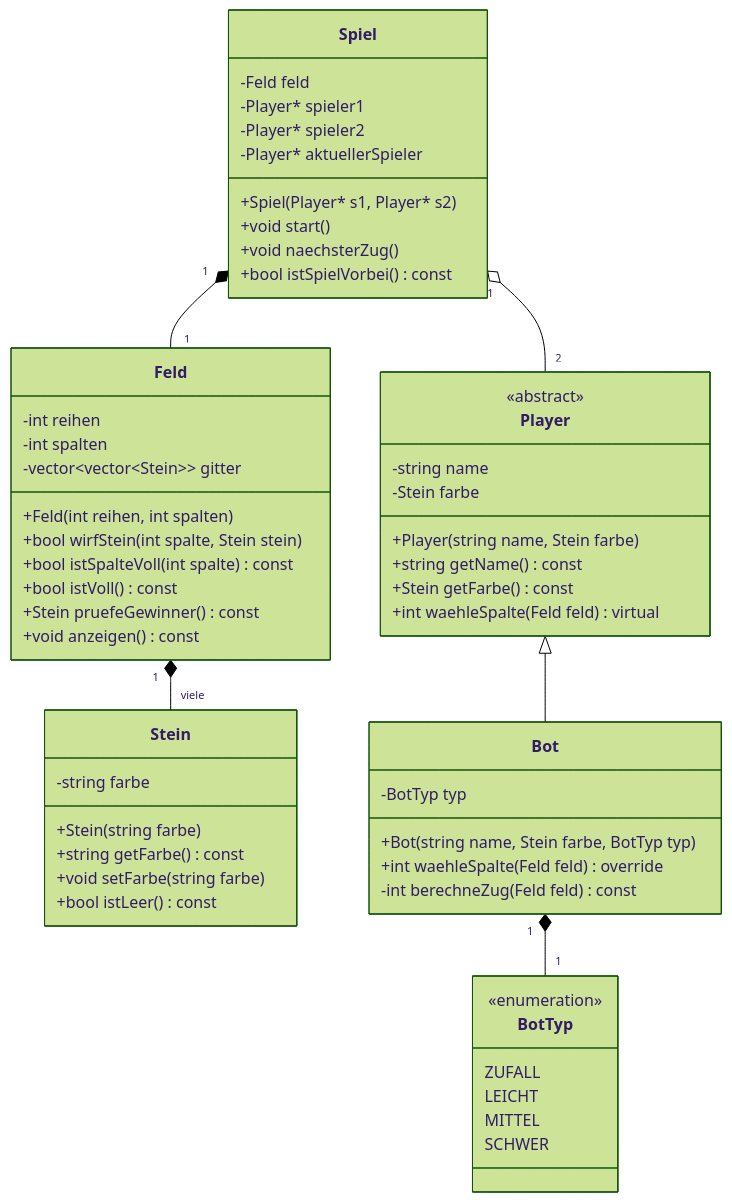
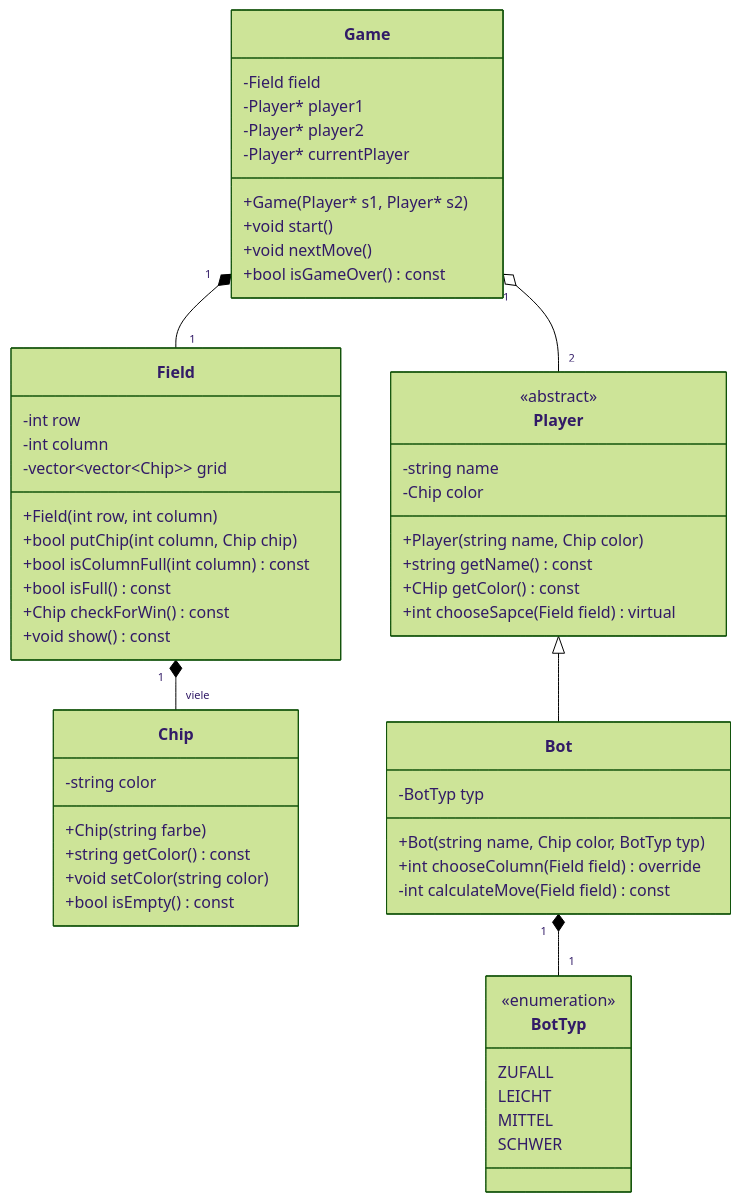
The diagram in docu/uml.md (Ehnalk/ProbeProjektCpp), drawn with Mermaid (forest theme) before and after one commit.

Commit message:
uml in english

````diff
--- a/docu/uml.md
+++ b/docu/uml.md
@@ -1,65 +1,65 @@
 ```mermaid
 classDiagram
-    class Stein {
-        -string farbe
-        +Stein(string farbe)
-        +string getFarbe() const
-        +void setFarbe(string farbe)
-        +bool istLeer() const
+    class Chip {
+        -string color
+        +Chip(string farbe)
+        +string getColor() const
+        +void setColor(string color)
+        +bool isEmpty() const
     }
 
-    class Feld {
-        -int reihen
-        -int spalten
-        -vector~vector~Stein~~ gitter
-        +Feld(int reihen, int spalten)
-        +bool wirfStein(int spalte, Stein stein)
-        +bool istSpalteVoll(int spalte) const
-        +bool istVoll() const
-        +Stein pruefeGewinner() const
-        +void anzeigen() const
+    class Field {
+        -int row
+        -int column
+        -vector~vector~Chip~~ grid
+        +Field(int row, int column)
+        +bool putChip(int column, Chip chip)
+        +bool isColumnFull(int column) const
+        +bool isFull() const
+        +Chip checkForWin() const
+        +void show() const
     }
 
     class Player {
         <<abstract>>
         -string name
-        -Stein farbe
-        +Player(string name, Stein farbe)
+        -Chip color
+        +Player(string name, Chip color)
         +string getName() const
-        +Stein getFarbe() const
-        +int waehleSpalte(Feld feld) virtual
+        +CHip getColor() const
+        +int chooseSapce(Field field) virtual
     }
 
     class BotTyp {
         <<enumeration>>
         ZUFALL
         LEICHT
         MITTEL
         SCHWER
     }
 
     class Bot {
         -BotTyp typ
-        +Bot(string name, Stein farbe, BotTyp typ)
-        +int waehleSpalte(Feld feld) override
-        -int berechneZug(Feld feld) const
+        +Bot(string name, Chip color, BotTyp typ)
+        +int chooseColumn(Field field) override
+        -int calculateMove(Field field) const
     }
 
-    class Spiel {
-        -Feld feld
-        -Player* spieler1
-        -Player* spieler2
-        -Player* aktuellerSpieler
-        +Spiel(Player* s1, Player* s2)
+    class Game {
+        -Field field
+        -Player* player1
+        -Player* player2
+        -Player* currentPlayer
+        +Game(Player* s1, Player* s2)
         +void start()
-        +void naechsterZug()
-        +bool istSpielVorbei() const
+        +void nextMove()
+        +bool isGameOver() const
     }
 
     Player <|-- Bot
-    Feld "1" *-- "viele" Stein
+    Field "1" *-- "viele" Chip
     Bot "1" *-- "1" BotTyp
-    Spiel "1" *-- "1" Feld
-    Spiel "1" o-- "2" Player
+    Game "1" *-- "1" Field
+    Game "1" o-- "2" Player
 
 ```
````
